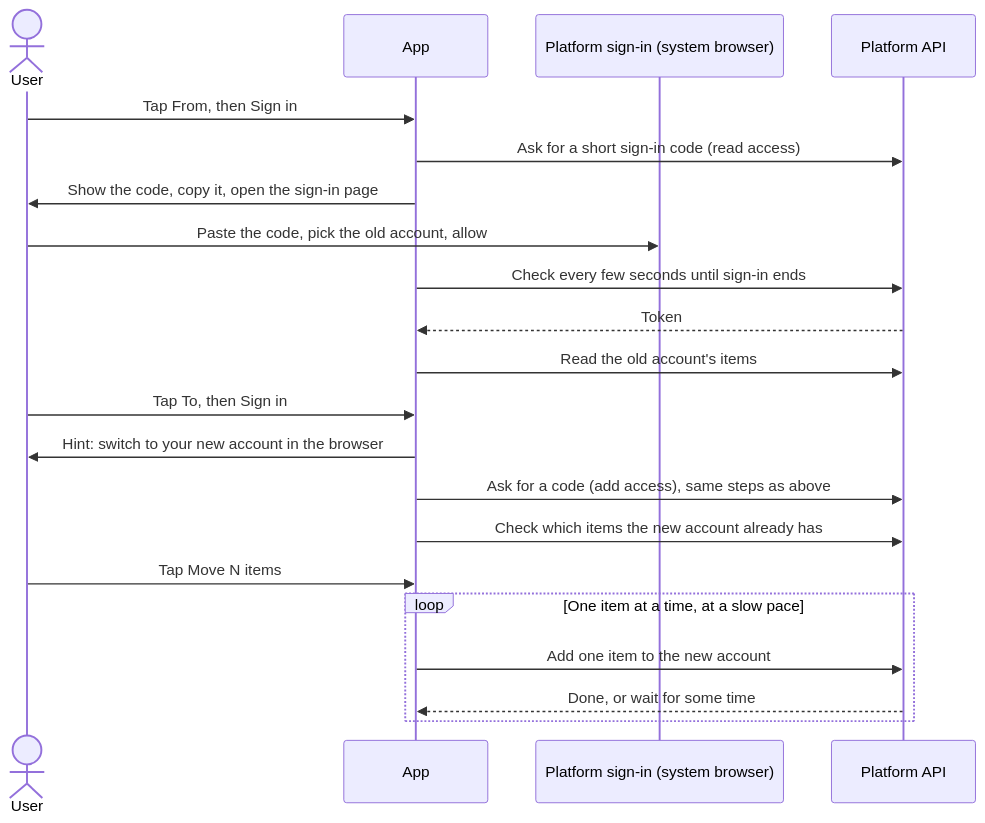
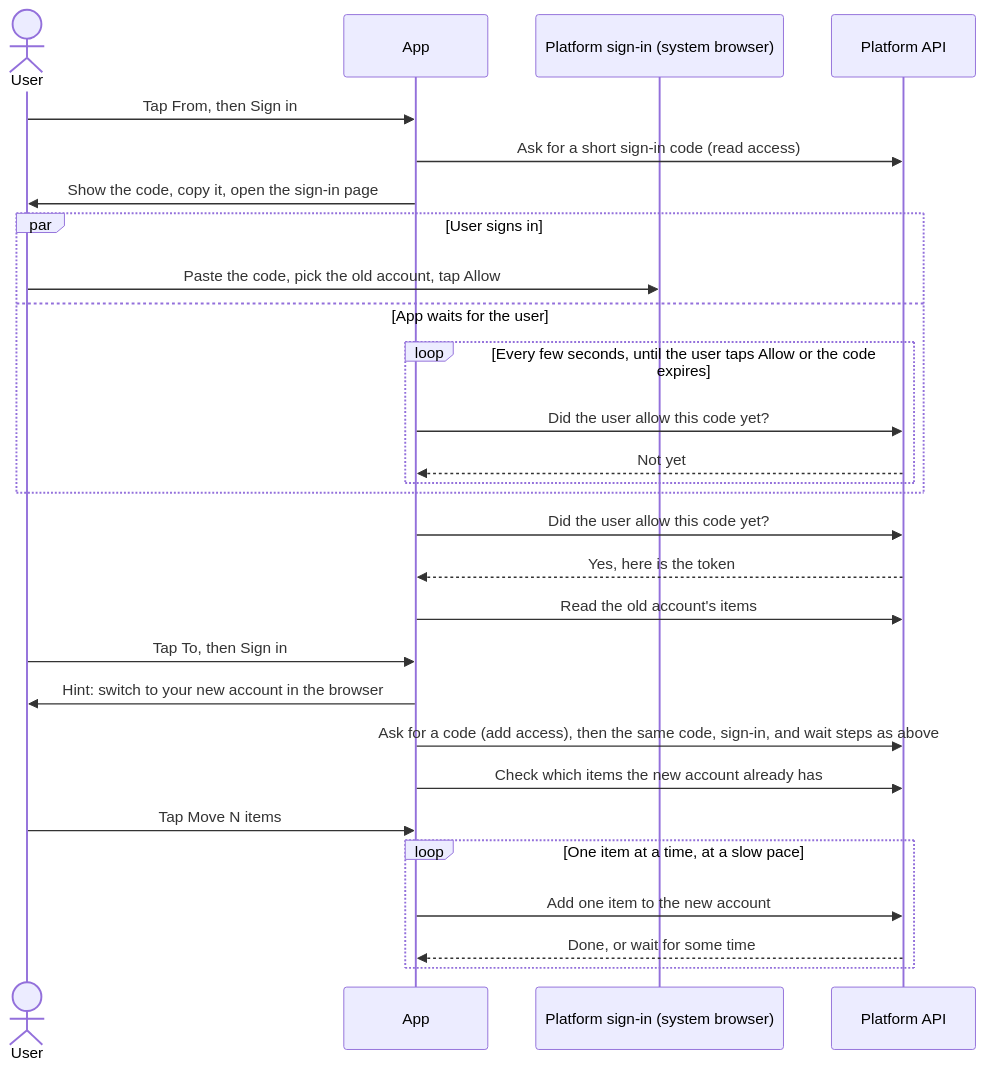
The second of 3 diagrams in specs/008-github-platform/spec.md (Dodo-Tech-Hub/magpie), drawn with Mermaid before and after one commit.

Commit message:
docs(spec): show token wait loop in 008 sign-in diagram

````diff
--- a/specs/008-github-platform/spec.md
+++ b/specs/008-github-platform/spec.md
@@ -71,24 +71,31 @@
 ```mermaid
 sequenceDiagram
     actor User
     participant App
     participant SignIn as Platform sign-in (system browser)
     participant API as Platform API
 
     User->>App: Tap From, then Sign in
     App->>API: Ask for a short sign-in code (read access)
     App->>User: Show the code, copy it, open the sign-in page
-    User->>SignIn: Paste the code, pick the old account, allow
-    App->>API: Check every few seconds until sign-in ends
-    API-->>App: Token
+    par User signs in
+        User->>SignIn: Paste the code, pick the old account, tap Allow
+    and App waits for the user
+        loop Every few seconds, until the user taps Allow or the code expires
+            App->>API: Did the user allow this code yet?
+            API-->>App: Not yet
+        end
+    end
+    App->>API: Did the user allow this code yet?
+    API-->>App: Yes, here is the token
     App->>API: Read the old account's items
     User->>App: Tap To, then Sign in
     App->>User: Hint: switch to your new account in the browser
-    App->>API: Ask for a code (add access), same steps as above
+    App->>API: Ask for a code (add access), then the same code, sign-in, and wait steps as above
     App->>API: Check which items the new account already has
     User->>App: Tap Move N items
     loop One item at a time, at a slow pace
         App->>API: Add one item to the new account
         API-->>App: Done, or wait for some time
     end
 ```
````
